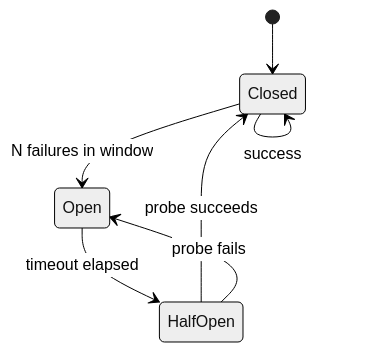
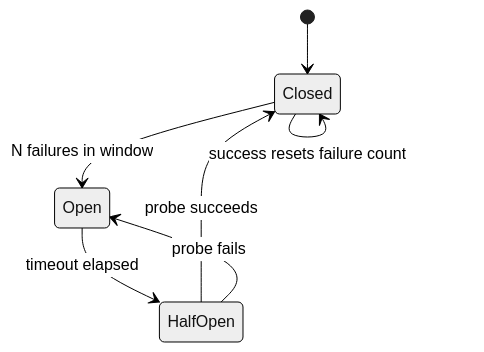
The third of 4 diagrams in AI/AI Development/modules/02-llm-infra/MODULE.md (codevoks/Learning), drawn with Mermaid (neutral theme) before and after one commit. The commit also changed other lines of this file and 32 other files, not shown here.

````diff
--- a/AI/AI Development/modules/02-llm-infra/MODULE.md
+++ b/AI/AI Development/modules/02-llm-infra/MODULE.md
@@ -156,9 +351,9 @@
 ```mermaid
 stateDiagram-v2
     [*] --> Closed
     Closed --> Open: N failures in window
     Open --> HalfOpen: timeout elapsed
     HalfOpen --> Closed: probe succeeds
     HalfOpen --> Open: probe fails
-    Closed --> Closed: success
+    Closed --> Closed: success resets failure count
 ```
````
